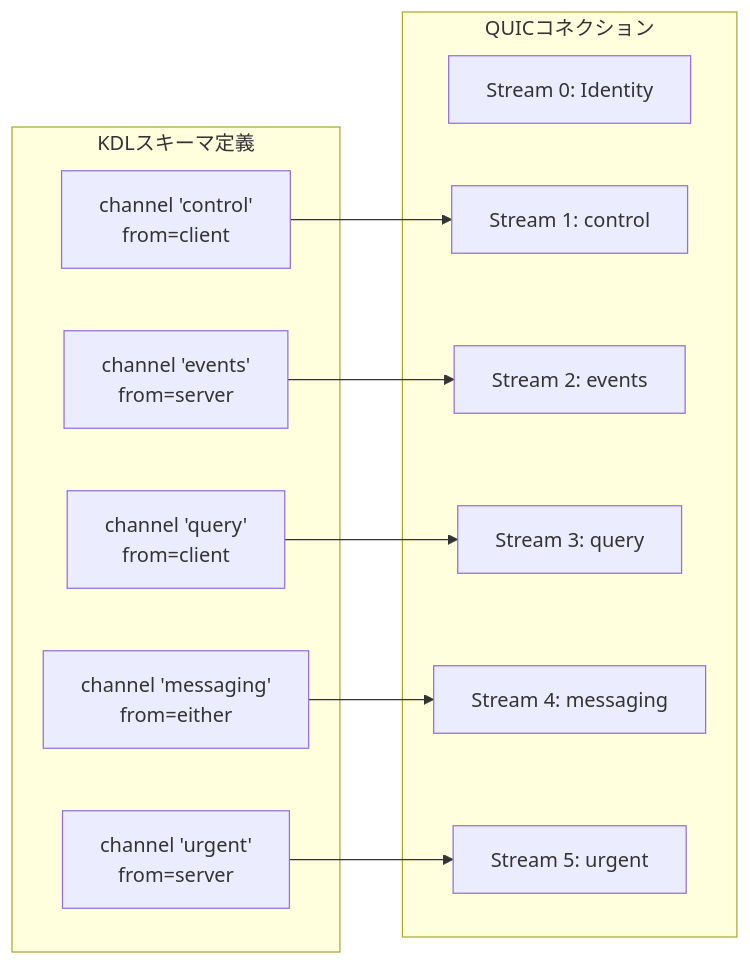
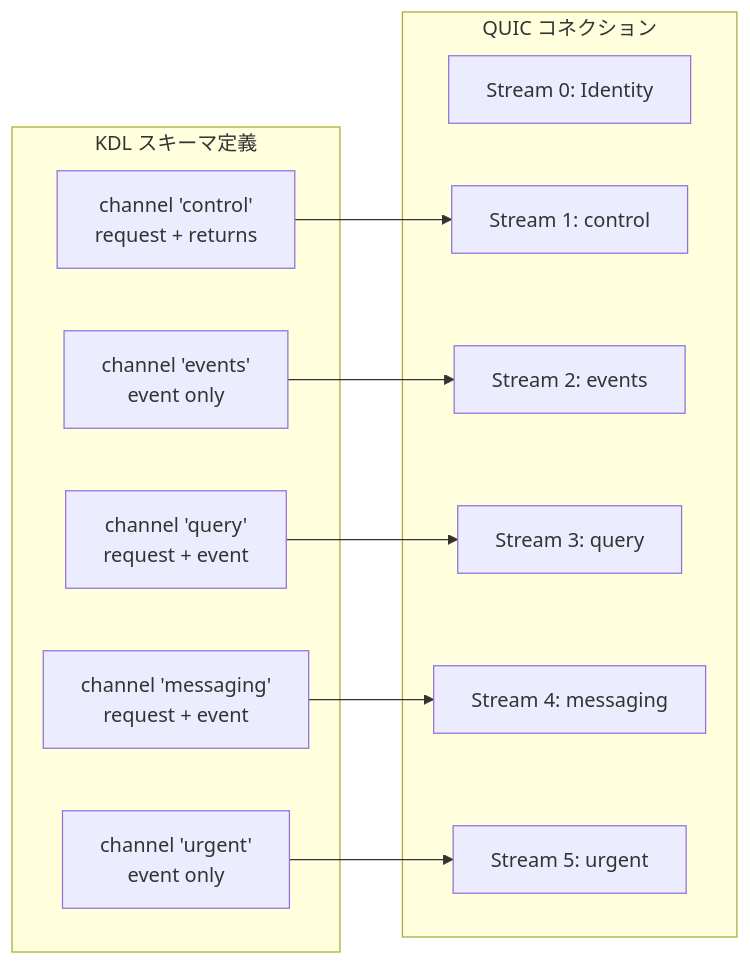
One commit to chronista-club/unison changed the fourth of 9 diagrams in spec/01-core-concept/SPEC.md. Above: the diagram before and after it, drawn with Mermaid. The commit also changed other lines of this file and 33 other files, not shown here.

````diff
--- a/spec/01-core-concept/SPEC.md
+++ b/spec/01-core-concept/SPEC.md
@@ -109,25 +134,25 @@
 ```mermaid
 graph LR
-    subgraph "KDLスキーマ定義"
-        CH1["channel 'control'<br/>from=client"]
-        CH2["channel 'events'<br/>from=server"]
-        CH3["channel 'query'<br/>from=client"]
-        CH4["channel 'messaging'<br/>from=either"]
-        CH5["channel 'urgent'<br/>from=server"]
+    subgraph "KDL スキーマ定義"
+        CH1["channel 'control'<br/>request + returns"]
+        CH2["channel 'events'<br/>event only"]
+        CH3["channel 'query'<br/>request + event"]
+        CH4["channel 'messaging'<br/>request + event"]
+        CH5["channel 'urgent'<br/>event only"]
     end
 
-    subgraph "QUICコネクション"
+    subgraph "QUIC コネクション"
         QS0["Stream 0: Identity"]
         QS1["Stream 1: control"]
         QS2["Stream 2: events"]
         QS3["Stream 3: query"]
         QS4["Stream 4: messaging"]
         QS5["Stream 5: urgent"]
     end
 
     CH1 --> QS1
     CH2 --> QS2
     CH3 --> QS3
     CH4 --> QS4
     CH5 --> QS5
 ```
````
